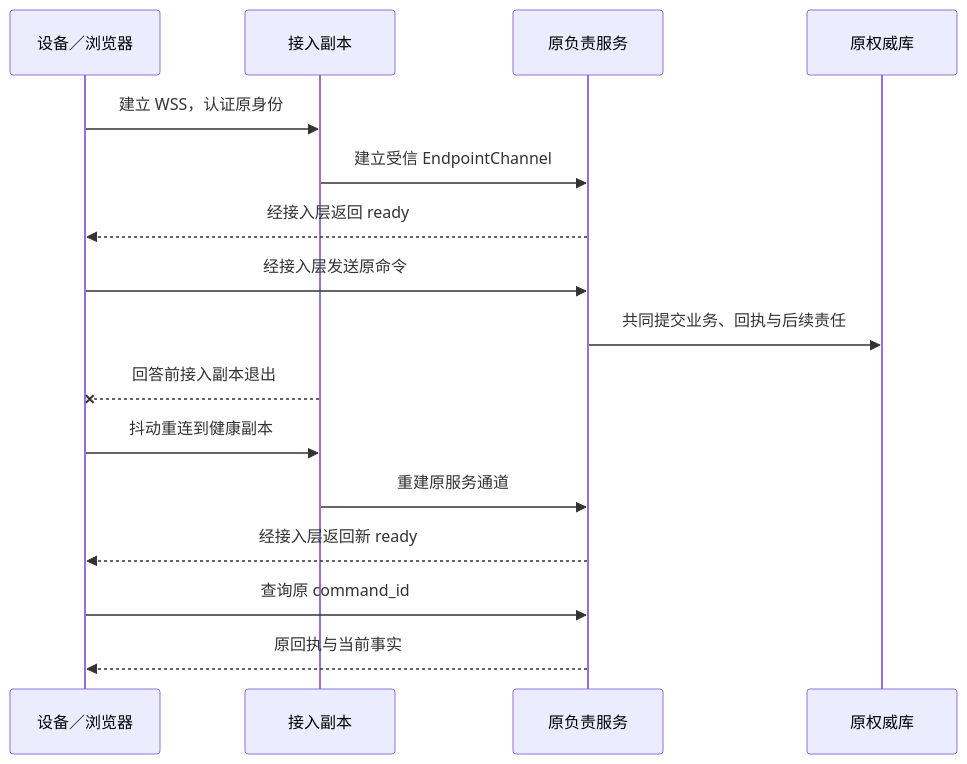
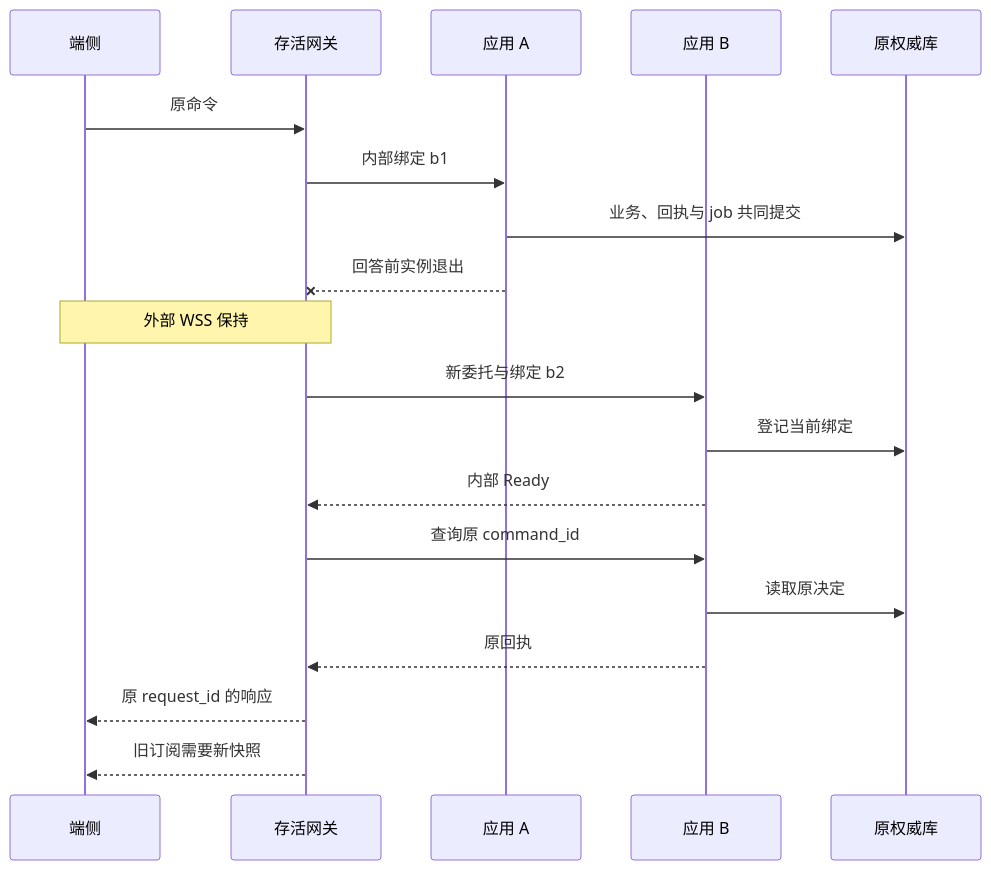
The second of 5 diagrams in docs/architecture/deployment-production.md (ruipengliu/lerna), drawn with Mermaid before and after one commit. The commit also changed other lines of this file and 95 other files, not shown here.

Commit message:
docs: define production distributed architecture

````diff
--- a/docs/architecture/deployment-production.md
+++ b/docs/architecture/deployment-production.md
@@ -77,18 +69,21 @@
 ```mermaid
 sequenceDiagram
-    participant E as 设备／浏览器
-    participant G as 接入副本
-    participant H as 原负责服务
+    participant E as 端侧
+    participant G as 存活网关
+    participant A as 应用 A
+    participant B as 应用 B
     participant D as 原权威库
-    E->>G: 建立 WSS，认证原身份
-    G->>H: 建立受信 EndpointChannel
-    H-->>E: 经接入层返回 ready
-    E->>H: 经接入层发送原命令
-    H->>D: 共同提交业务、回执与后续责任
-    G--xE: 回答前接入副本退出
-    E->>G: 抖动重连到健康副本
-    G->>H: 重建原服务通道
-    H-->>E: 经接入层返回新 ready
-    E->>H: 查询原 command_id
-    H-->>E: 原回执与当前事实
+    E->>G: 原命令
+    G->>A: 内部绑定 b1
+    A->>D: 业务、回执与 job 共同提交
+    A--xG: 回答前实例退出
+    Note over E,G: 外部 WSS 保持
+    G->>B: 新委托与绑定 b2
+    B->>D: 登记当前绑定
+    B-->>G: 内部 Ready
+    G->>B: 查询原 command_id
+    B->>D: 读取原决定
+    B-->>G: 原回执
+    G-->>E: 原 request_id 的响应
+    G-->>E: 旧订阅需要新快照
 ```
````
